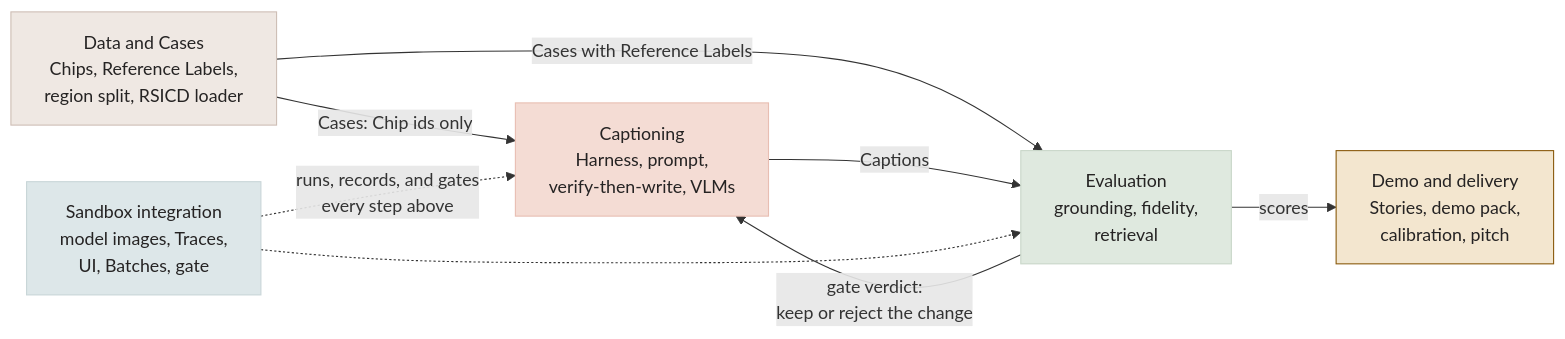
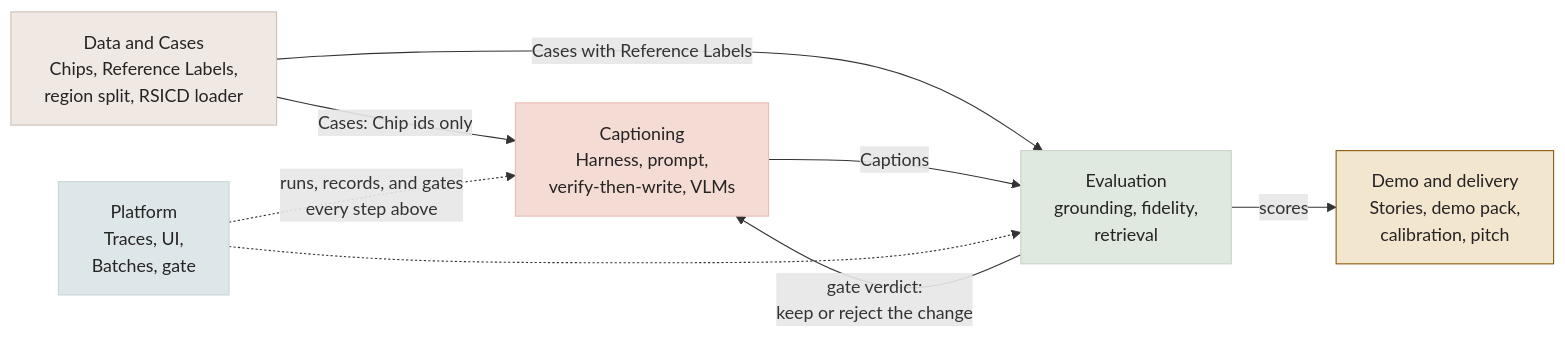
Before and after one commit to PlutonicSauce/Clayzer: the fifth of 7 diagrams in docs/caption-plan.md, drawn with Mermaid. The commit also changed other lines of this file and 12 other files, not shown here.

````diff
--- a/docs/caption-plan.md
+++ b/docs/caption-plan.md
@@ -195,27 +283,27 @@
 ```mermaid
 flowchart LR
     DC["Data and Cases<br/>Chips, Reference Labels,<br/>region split, RSICD loader"]
     CAP["Captioning<br/>Harness, prompt,<br/>verify-then-write, VLMs"]
     EV["Evaluation<br/>grounding, fidelity,<br/>retrieval"]
-    SI["Sandbox integration<br/>model images, Traces,<br/>UI, Batches, gate"]
+    SI["Platform<br/>Traces, UI,<br/>Batches, gate"]
     DD["Demo and delivery<br/>Stories, demo pack,<br/>calibration, pitch"]
 
     DC -->|"Cases: Chip ids only"| CAP
     DC -->|"Cases with Reference Labels"| EV
     CAP -->|"Captions"| EV
     EV -->|"scores"| DD
     SI -.->|"runs, records, and gates<br/>every step above"| CAP
     SI -.-> EV
     EV -->|"gate verdict:<br/>keep or reject the change"| CAP
 
     classDef data fill:#efe8e3,stroke:#cebeb5,color:#252323
     classDef captions fill:#f4dcd4,stroke:#e8beb2,color:#252323
     classDef evaluation fill:#dfe9df,stroke:#c9d7c9,color:#252323
     classDef platform fill:#dde7e9,stroke:#c9d6d8,color:#252323
     classDef delivery fill:#f3e6cf,stroke:#8a5b0e,color:#252323
     class DC data
     class CAP captions
     class EV evaluation
     class SI platform
     class DD delivery
 ```
````
